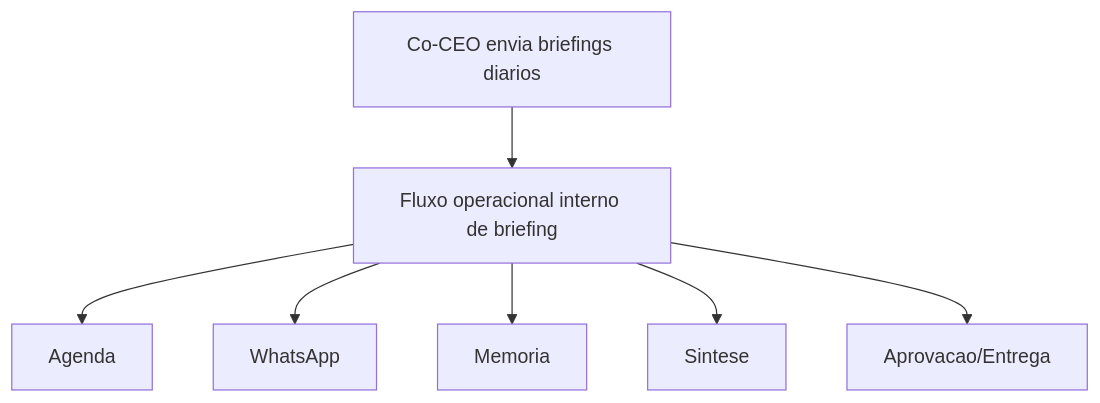
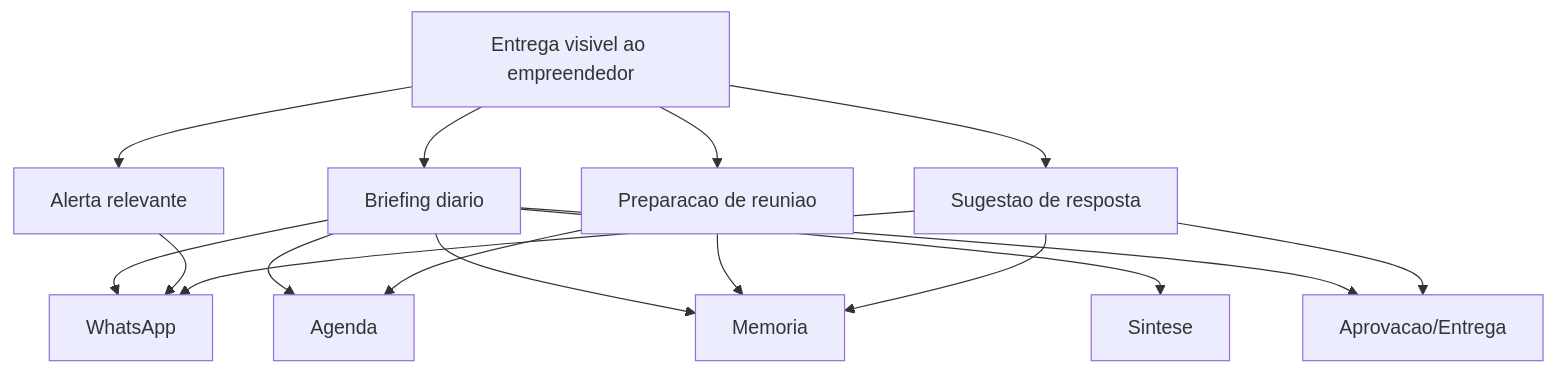
Before and after one commit to GuilhermeSerafim/co-ceo: the third of 3 diagrams in docs/produto/02-jornada-macro-mvp.md, drawn with Mermaid. The commit also changed other lines of this file, not shown here.

````diff
--- a/docs/produto/02-jornada-macro-mvp.md
+++ b/docs/produto/02-jornada-macro-mvp.md
@@ -42,9 +247,20 @@
 ```mermaid
 flowchart TD
-    A["Co-CEO envia briefings diarios"] --> B["Fluxo operacional interno de briefing"]
-    B --> C["Agenda"]
-    B --> D["WhatsApp"]
-    B --> E["Memoria"]
-    B --> F["Sintese"]
-    B --> G["Aprovacao/Entrega"]
+    A["Entrega visivel ao empreendedor"] --> B["Briefing diario"]
+    A --> C["Alerta relevante"]
+    A --> D["Preparacao de reuniao"]
+    A --> E["Sugestao de resposta"]
+
+    B --> F["WhatsApp"]
+    B --> G["Agenda"]
+    B --> H["Memoria"]
+    B --> I["Sintese"]
+    B --> J["Aprovacao/Entrega"]
+
+    C --> F
+    D --> G
+    D --> H
+    E --> F
+    E --> H
+    E --> J
 ```
````
